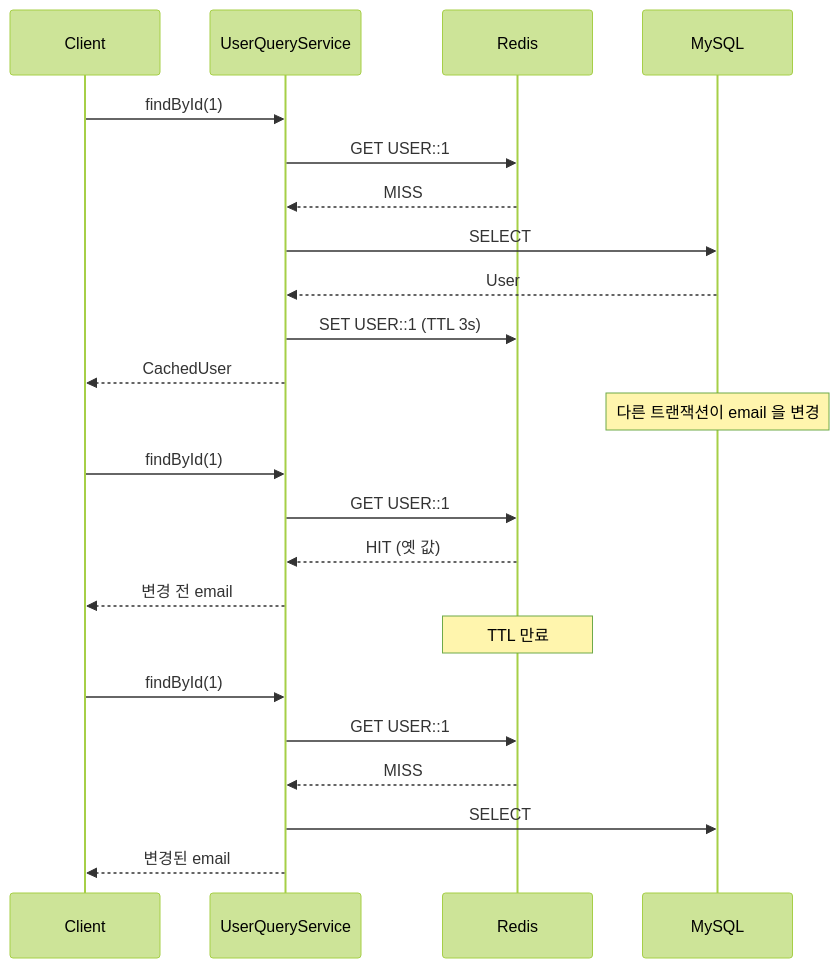
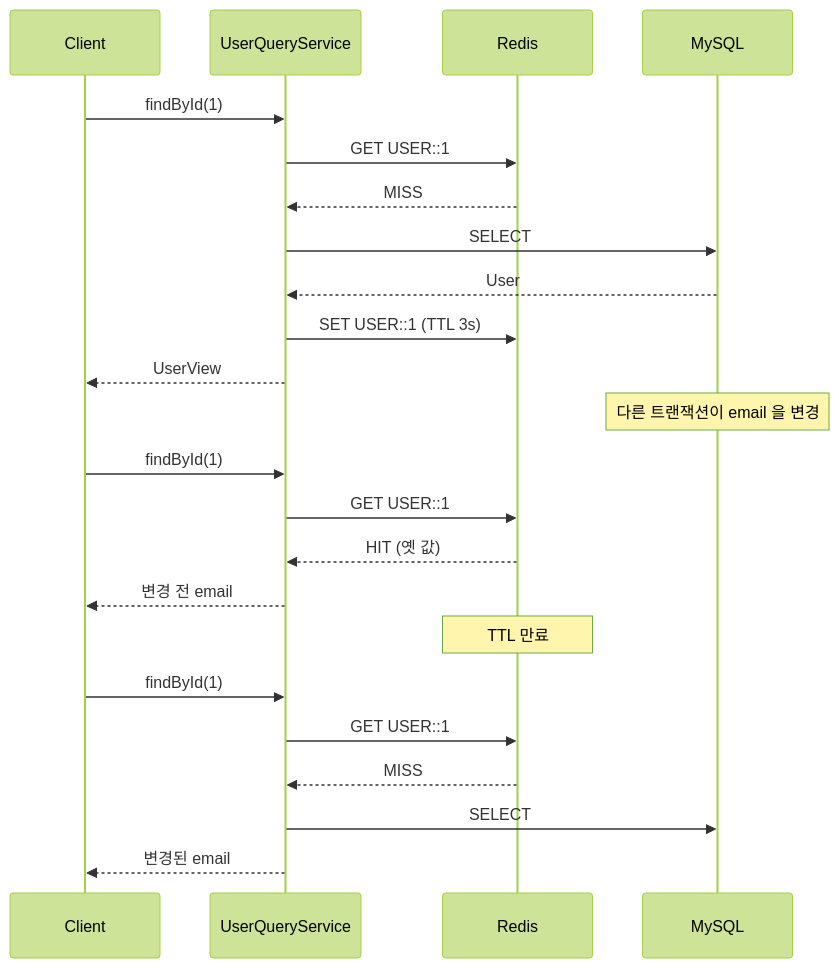
Before and after one commit to gmoon92/toy: the diagram in spring-cache/cache-invalidation-strategy/ttl-only/README.md, drawn with Mermaid (forest theme). The commit also changed other lines of this file and 15 other files, not shown here.

````diff
--- a/spring-cache/cache-invalidation-strategy/ttl-only/README.md
+++ b/spring-cache/cache-invalidation-strategy/ttl-only/README.md
@@ -22,28 +22,28 @@
 ```mermaid
 sequenceDiagram
     participant C as Client
     participant Q as UserQueryService
     participant R as Redis
     participant D as MySQL
 
     C->>Q: findById(1)
     Q->>R: GET USER::1
     R-->>Q: MISS
     Q->>D: SELECT
     D-->>Q: User
     Q->>R: SET USER::1 (TTL 3s)
-    Q-->>C: CachedUser
+    Q-->>C: UserView
 
     Note over D: 다른 트랜잭션이 email 을 변경
     C->>Q: findById(1)
     Q->>R: GET USER::1
     R-->>Q: HIT (옛 값)
     Q-->>C: 변경 전 email
 
     Note over R: TTL 만료
     C->>Q: findById(1)
     Q->>R: GET USER::1
     R-->>Q: MISS
     Q->>D: SELECT
     Q-->>C: 변경된 email
 ```
````
